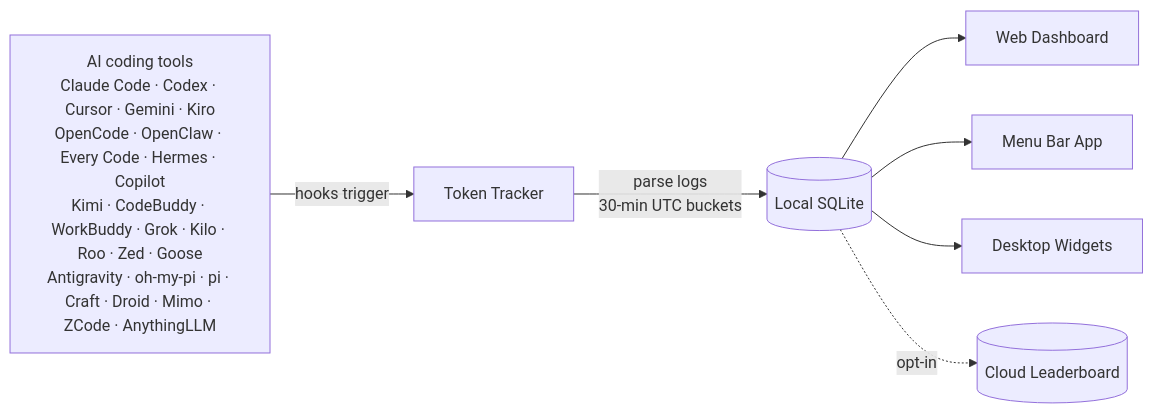
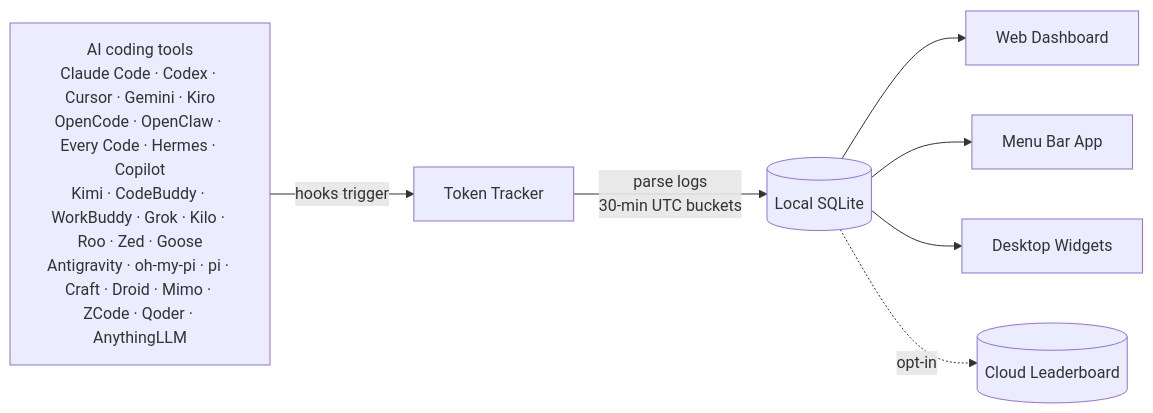
One commit to CrazyForks/TokenTracker changed the diagram in README.ja.md. Above: the diagram before and after it, drawn with Mermaid. The commit also changed other lines of this file and 72 other files, not shown here.

````diff
--- a/README.ja.md
+++ b/README.ja.md
@@ -223,10 +225,10 @@
 ```mermaid
 flowchart LR
-    A["AI coding tools<br/>Claude Code · Codex · Cursor · Gemini · Kiro<br/>OpenCode · OpenClaw · Every Code · Hermes · Copilot<br/>Kimi · CodeBuddy · WorkBuddy · Grok · Kilo · Roo · Zed · Goose<br/>Antigravity · oh-my-pi · pi · Craft · Droid · Mimo · ZCode · AnythingLLM"]
+    A["AI coding tools<br/>Claude Code · Codex · Cursor · Gemini · Kiro<br/>OpenCode · OpenClaw · Every Code · Hermes · Copilot<br/>Kimi · CodeBuddy · WorkBuddy · Grok · Kilo · Roo · Zed · Goose<br/>Antigravity · oh-my-pi · pi · Craft · Droid · Mimo · ZCode · Qoder · AnythingLLM"]
     A -->|hooks trigger| B[Token Tracker]
     B -->|parse logs<br/>30-min UTC buckets| C[(Local SQLite)]
     C --> D[Web Dashboard]
     C --> E[Menu Bar App]
     C --> F[Desktop Widgets]
     C -.->|opt-in| G[(Cloud Leaderboard)]
 ```
````
